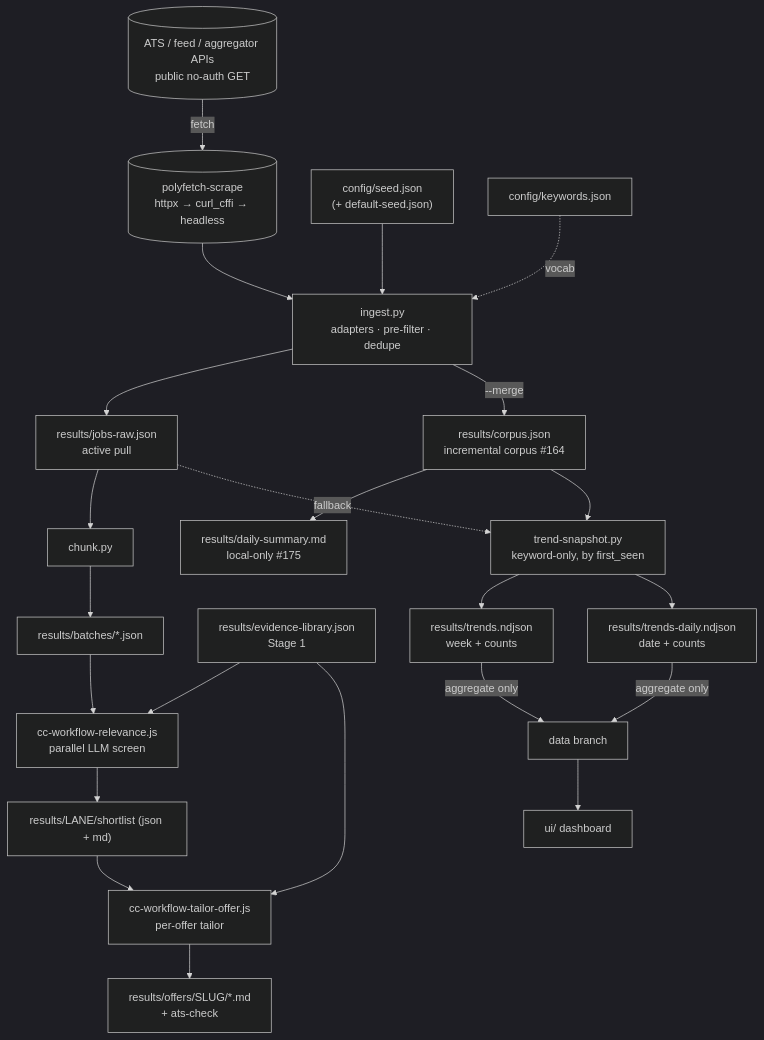
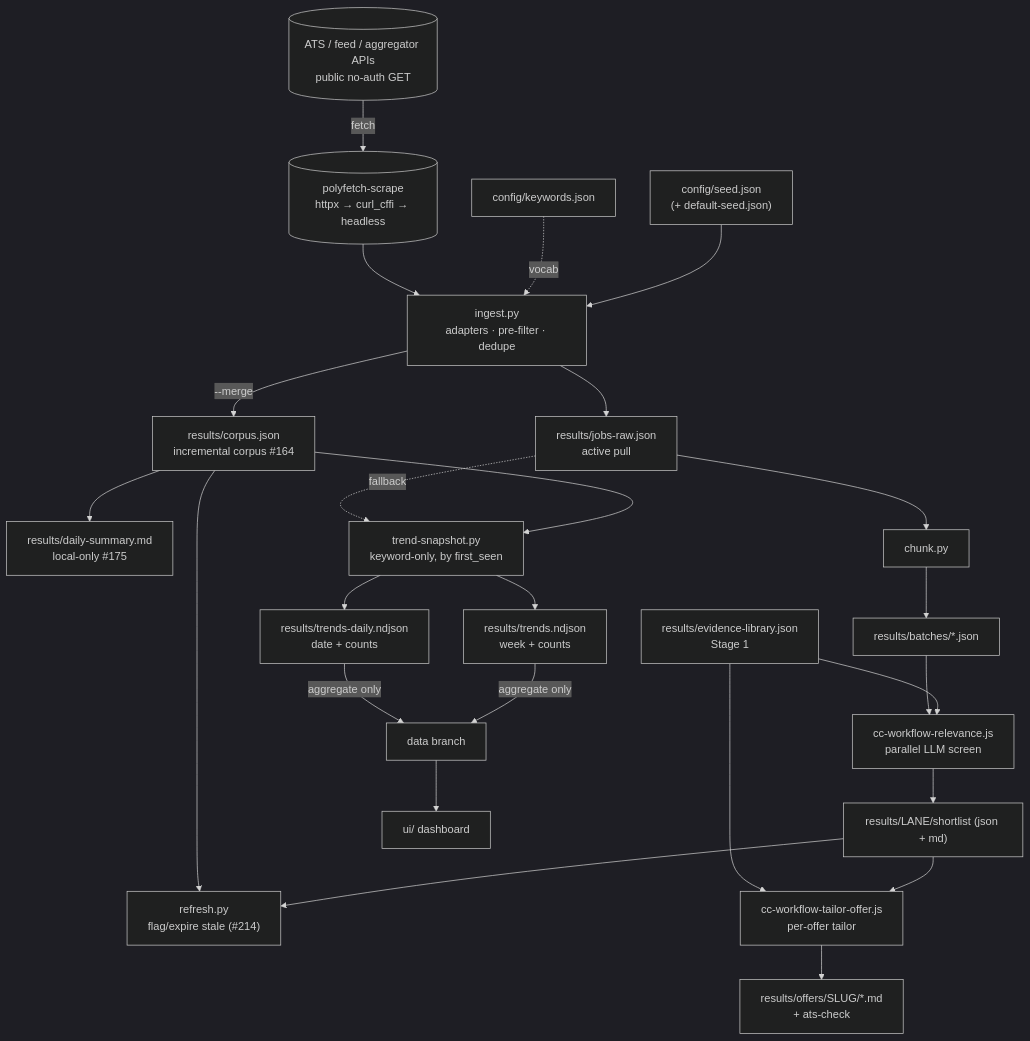
Before and after one commit to qte77/agentic-job-offer-to-application-kit: the first of 2 diagrams in docs/architecture.md, drawn with Mermaid (dark theme). The commit also changed other lines of this file and 12 other files, not shown here.

First line of the commit message:
feat(refresh): ajoa-kit refresh — shortlist liveness sweep, flag-stale or --delete (#214) (#224)

````diff
--- a/docs/architecture.md
+++ b/docs/architecture.md
@@ -13,21 +13,23 @@
 ```mermaid
 flowchart TD
   ext[("ATS / feed / aggregator APIs<br/>public no-auth GET")] -->|fetch| poly[("polyfetch-scrape<br/>httpx → curl_cffi → headless")]
   seed["config/seed.json<br/>(+ default-seed.json)"] --> ingest["ingest.py<br/>adapters · pre-filter · dedupe"]
   kw["config/keywords.json"] -. vocab .-> ingest
   poly --> ingest
   ingest --> raw["results/jobs-raw.json<br/>active pull"]
   ingest -->|"--merge"| corpus["results/corpus.json<br/>incremental corpus #164"]
   corpus --> digest["results/daily-summary.md<br/>local-only #175"]
   raw --> chunk["chunk.py"] --> batches["results/batches/*.json"]
   ev["results/evidence-library.json<br/>Stage 1"] --> rel["cc-workflow-relevance.js<br/>parallel LLM screen"]
   batches --> rel --> short["results/LANE/shortlist (json + md)"]
+  short --> refresh["refresh.py<br/>flag/expire stale (#214)"]
+  corpus --> refresh
   short --> tailor["cc-workflow-tailor-offer.js<br/>per-offer tailor"]
   ev --> tailor --> offers["results/offers/SLUG/*.md<br/>+ ats-check"]
   corpus --> trends["trend-snapshot.py<br/>keyword-only, by first_seen"]
   raw -. fallback .-> trends
   trends --> ndjson["results/trends.ndjson<br/>week + counts"]
   trends --> dndjson["results/trends-daily.ndjson<br/>date + counts"]
   ndjson -->|aggregate only| dbranch["data branch"] --> ui["ui/ dashboard"]
   dndjson -->|aggregate only| dbranch
 ```
````
